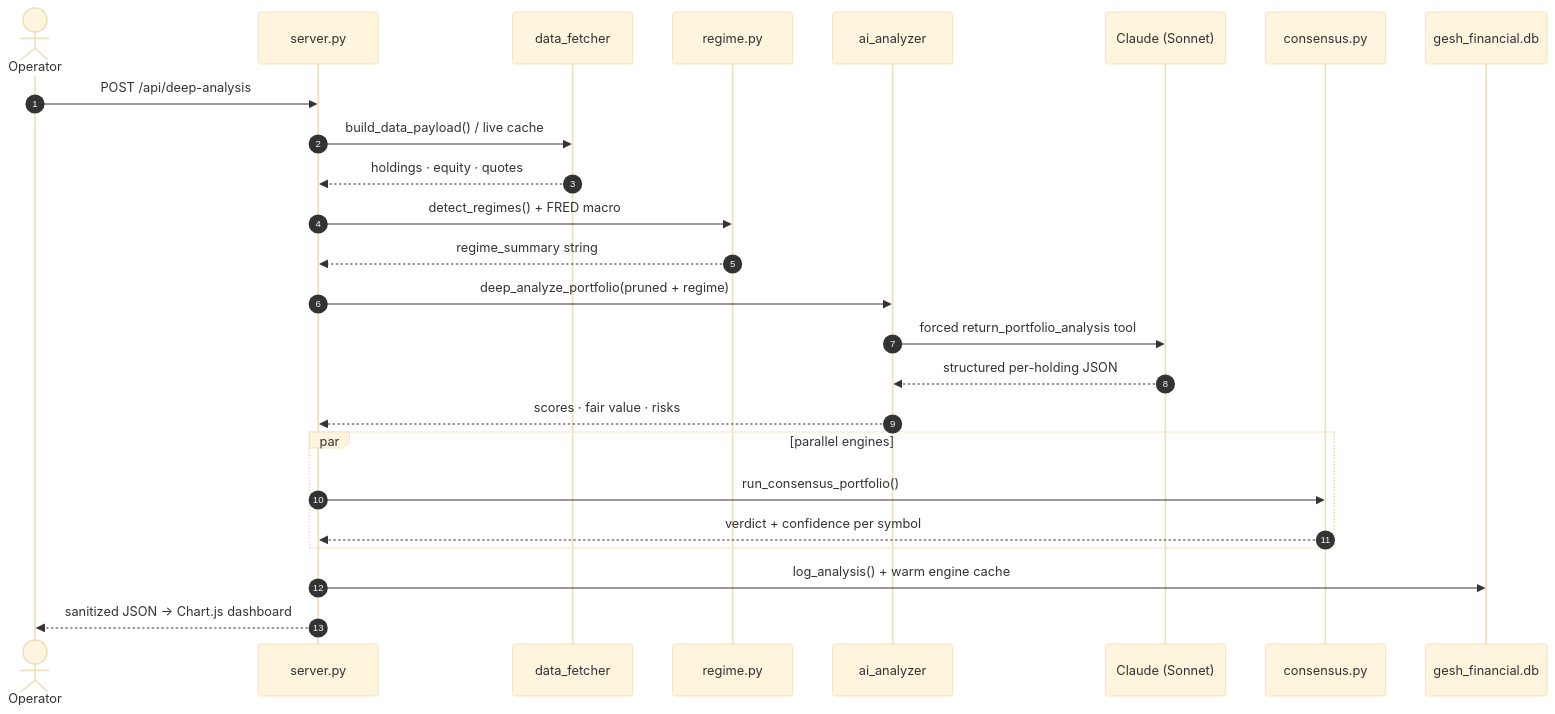
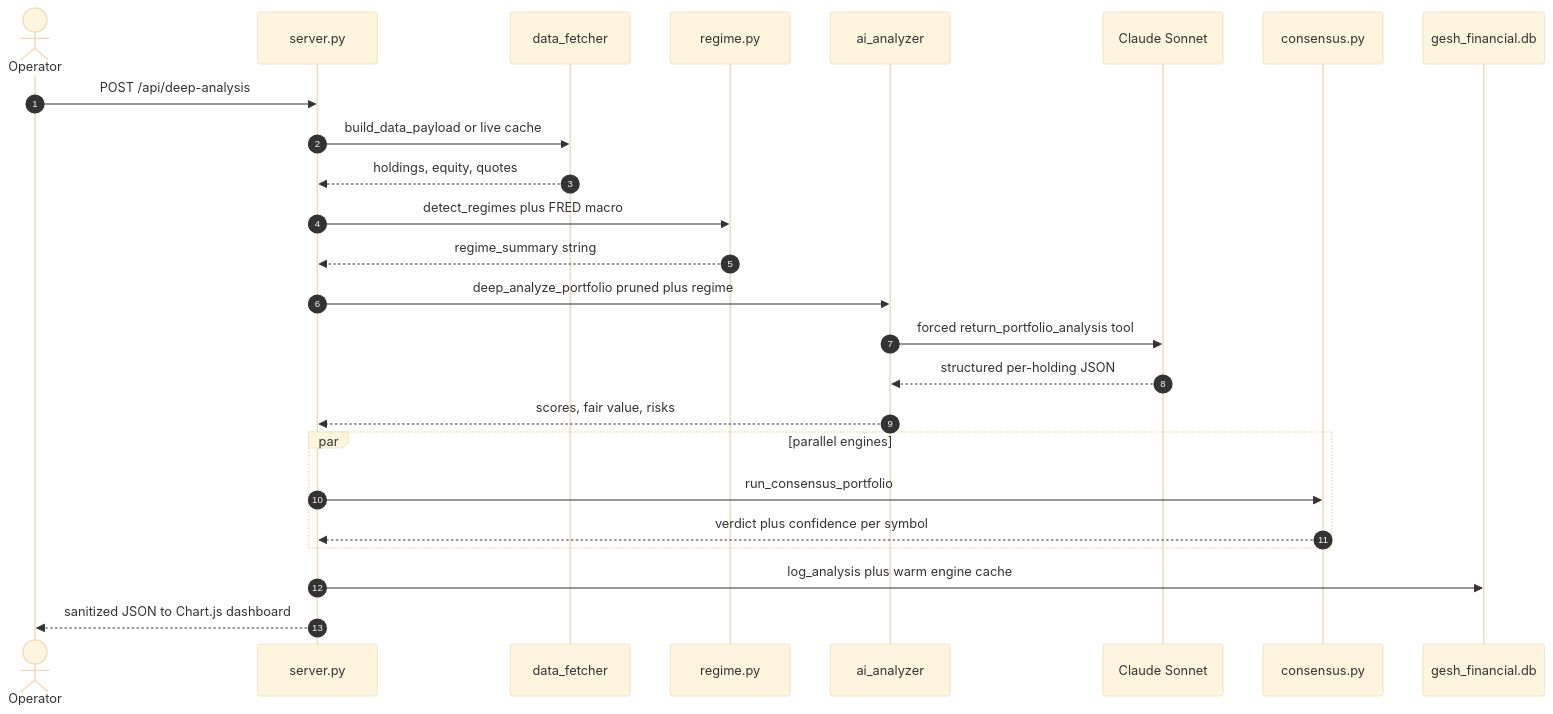
One commit to gesh75/Gesh-Project changed the third of 8 diagrams in docs/ARCHITECTURE.md. Above: the diagram before and after it, drawn with Mermaid (base theme). The commit also changed other lines of this file and 1 other file, not shown here.

Commit message:
docs: harden mermaid diagrams for reliable GitHub rendering

````diff
--- a/docs/ARCHITECTURE.md
+++ b/docs/ARCHITECTURE.md
@@ -134,28 +134,28 @@
 ```mermaid
 sequenceDiagram
     autonumber
     actor Op as Operator
     participant API as server.py
     participant DF as data_fetcher
     participant RG as regime.py
     participant AI as ai_analyzer
-    participant CL as Claude (Sonnet)
+    participant CL as Claude Sonnet
     participant CN as consensus.py
     participant DB as gesh_financial.db
 
     Op->>API: POST /api/deep-analysis
-    API->>DF: build_data_payload() / live cache
-    DF-->>API: holdings · equity · quotes
-    API->>RG: detect_regimes() + FRED macro
+    API->>DF: build_data_payload or live cache
+    DF-->>API: holdings, equity, quotes
+    API->>RG: detect_regimes plus FRED macro
     RG-->>API: regime_summary string
-    API->>AI: deep_analyze_portfolio(pruned + regime)
+    API->>AI: deep_analyze_portfolio pruned plus regime
     AI->>CL: forced return_portfolio_analysis tool
     CL-->>AI: structured per-holding JSON
-    AI-->>API: scores · fair value · risks
+    AI-->>API: scores, fair value, risks
     par parallel engines
-        API->>CN: run_consensus_portfolio()
-        CN-->>API: verdict + confidence per symbol
+        API->>CN: run_consensus_portfolio
+        CN-->>API: verdict plus confidence per symbol
     end
-    API->>DB: log_analysis() + warm engine cache
-    API-->>Op: sanitized JSON → Chart.js dashboard
+    API->>DB: log_analysis plus warm engine cache
+    API-->>Op: sanitized JSON to Chart.js dashboard
 ```
````
